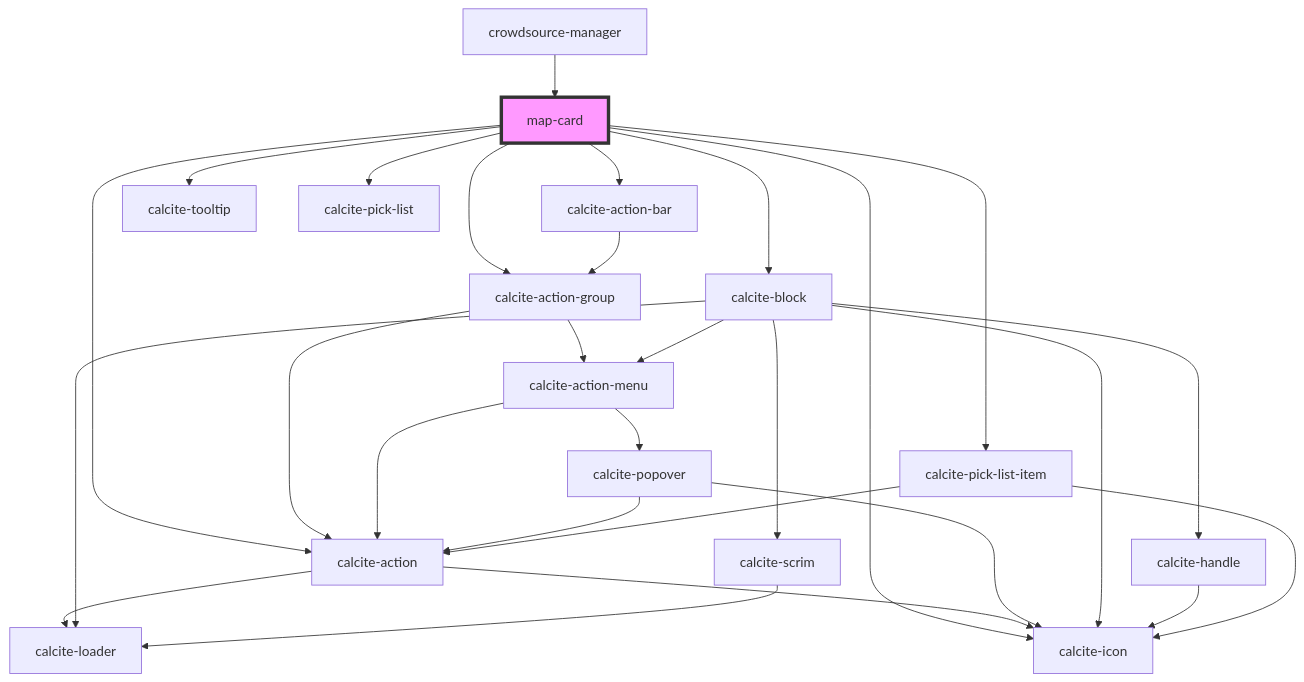
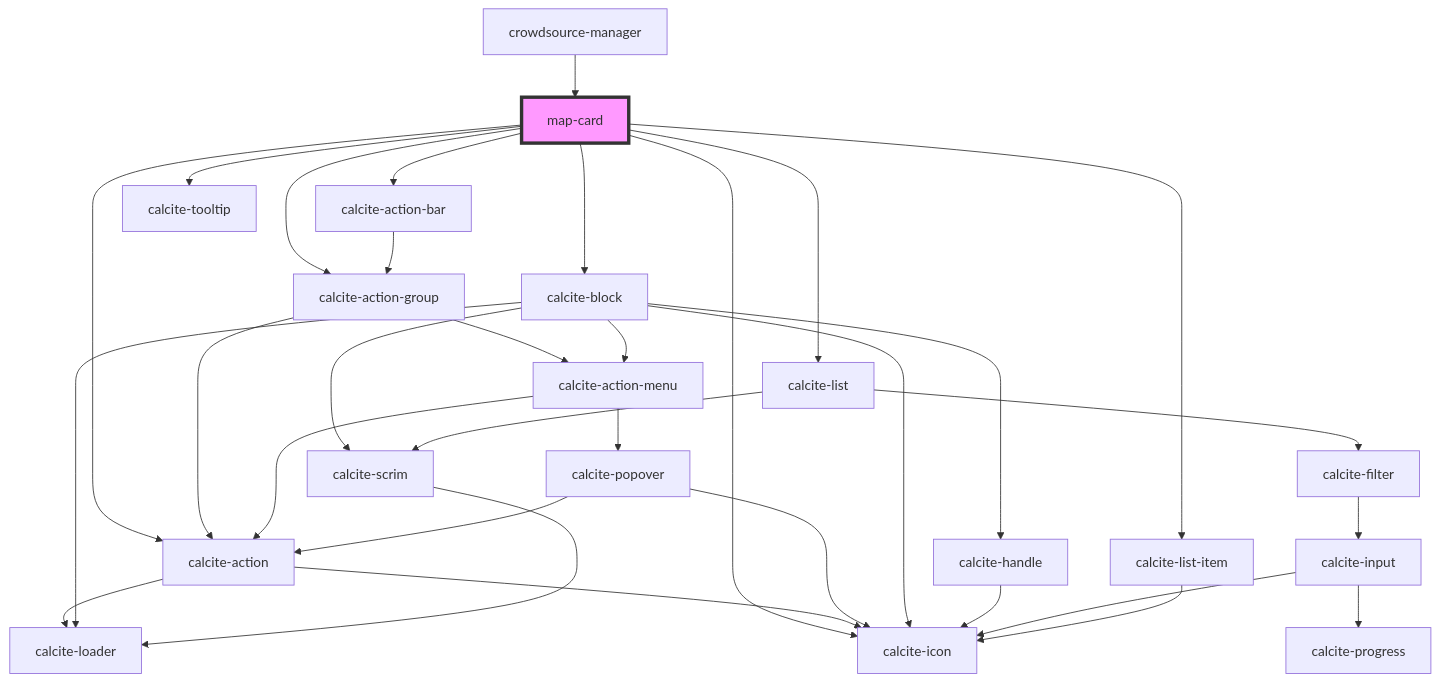
Before and after one commit to Esri/solutions-components: the diagram in src/components/map-card/readme.md, drawn with Mermaid. The commit also changed other lines of this file and 6 other files, not shown here.

````diff
--- a/src/components/map-card/readme.md
+++ b/src/components/map-card/readme.md
@@ -42,31 +42,35 @@
 ```mermaid
 graph TD;
   map-card --> calcite-action-bar
   map-card --> calcite-action-group
   map-card --> calcite-action
   map-card --> calcite-icon
   map-card --> calcite-tooltip
   map-card --> calcite-block
-  map-card --> calcite-pick-list
-  map-card --> calcite-pick-list-item
+  map-card --> calcite-list
+  map-card --> calcite-list-item
   calcite-action-bar --> calcite-action-group
   calcite-action-group --> calcite-action-menu
   calcite-action-group --> calcite-action
   calcite-action-menu --> calcite-action
   calcite-action-menu --> calcite-popover
   calcite-action --> calcite-loader
   calcite-action --> calcite-icon
   calcite-popover --> calcite-action
   calcite-popover --> calcite-icon
   calcite-block --> calcite-scrim
   calcite-block --> calcite-icon
   calcite-block --> calcite-handle
   calcite-block --> calcite-loader
   calcite-block --> calcite-action-menu
   calcite-scrim --> calcite-loader
   calcite-handle --> calcite-icon
-  calcite-pick-list-item --> calcite-icon
-  calcite-pick-list-item --> calcite-action
+  calcite-list --> calcite-scrim
+  calcite-list --> calcite-filter
+  calcite-filter --> calcite-input
+  calcite-input --> calcite-progress
+  calcite-input --> calcite-icon
+  calcite-list-item --> calcite-icon
   crowdsource-manager --> map-card
   style map-card fill:#f9f,stroke:#333,stroke-width:4px
 ```
````
